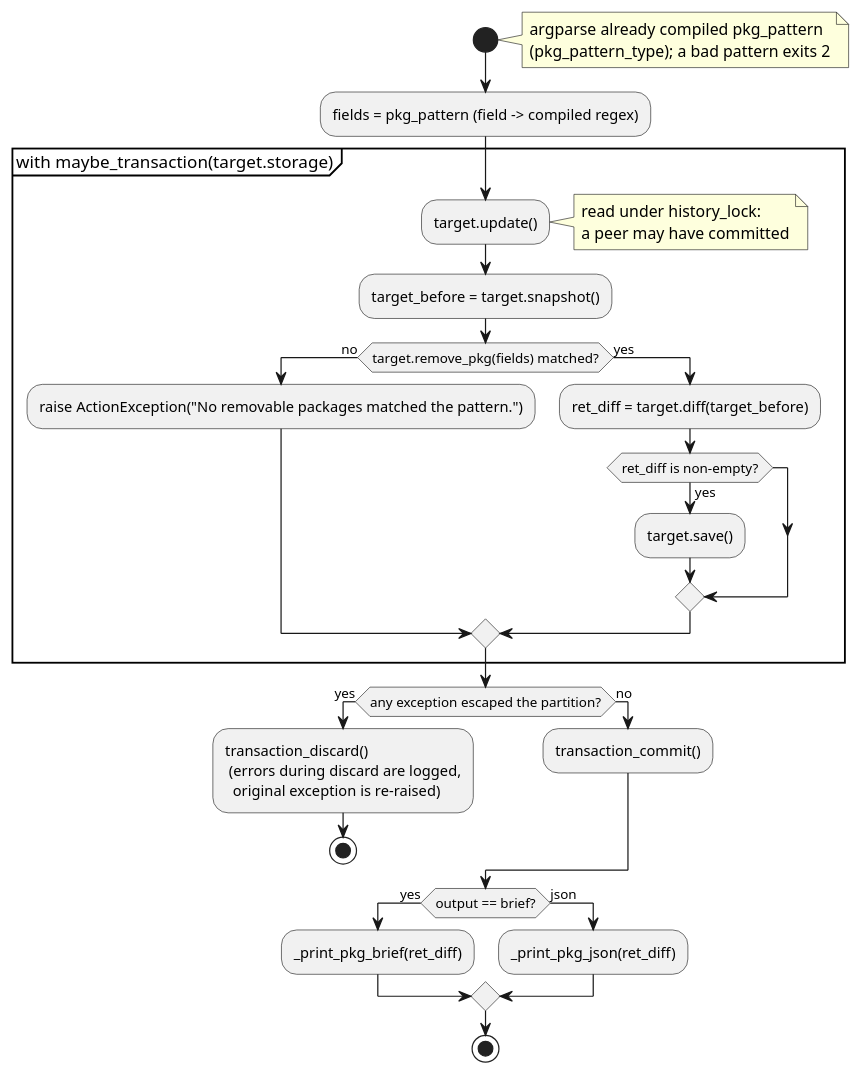
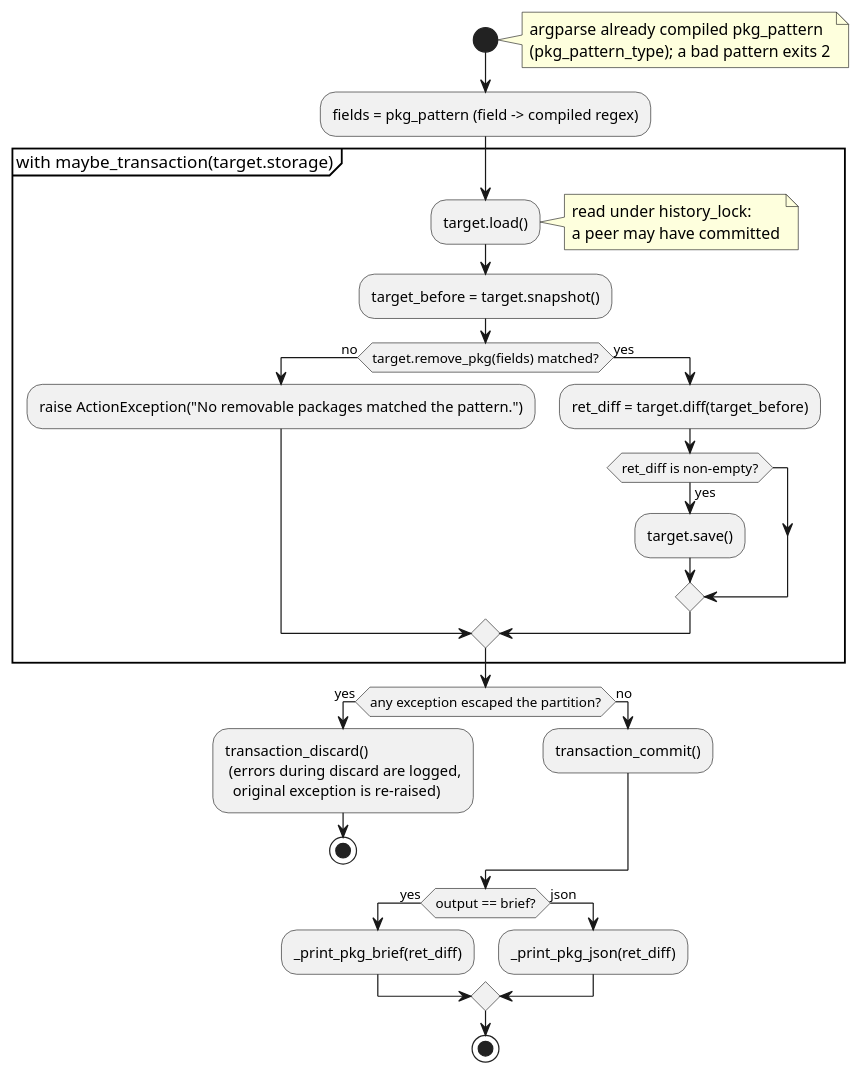
The diagram in docs/development/diagrams/action-pkg-remove-activity.puml (vinklat/debkit), drawn with PlantUML before and after one commit. The commit also changed 54 other files, not shown here.

```diff
--- a/docs/development/diagrams/action-pkg-remove-activity.puml
+++ b/docs/development/diagrams/action-pkg-remove-activity.puml
@@ -1,39 +1,39 @@
 @startuml
 start
 note right
   argparse already compiled pkg_pattern
   (pkg_pattern_type); a bad pattern exits 2
 end note
 
 :fields = pkg_pattern (field -> compiled regex);
 
 partition "with maybe_transaction(target.storage)" {
-  :target.update();
+  :target.load();
   note right: read under history_lock:\na peer may have committed
   :target_before = target.snapshot();
   if (target.remove_pkg(fields) matched?) then (no)
     :raise ActionException("No removable packages matched the pattern.");
   else (yes)
     :ret_diff = target.diff(target_before);
     if (ret_diff is non-empty?) then (yes)
       :target.save();
     endif
   endif
 }
 
 if (any exception escaped the partition?) then (yes)
   :transaction_discard()
    (errors during discard are logged,
     original exception is re-raised);
   stop
 else (no)
   :transaction_commit();
 endif
 
 if (output == brief?) then (yes)
   :_print_pkg_brief(ret_diff);
 else (json)
   :_print_pkg_json(ret_diff);
 endif
 stop
 @enduml
```
